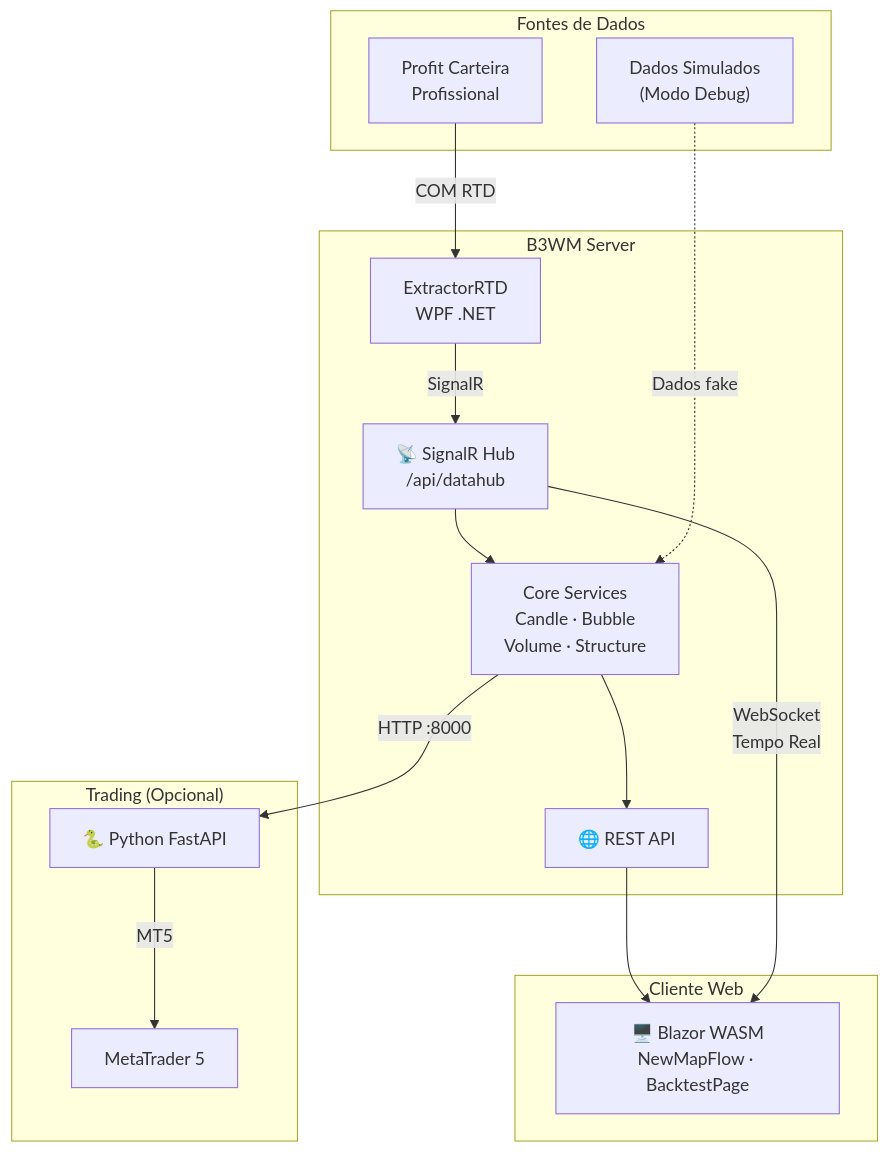
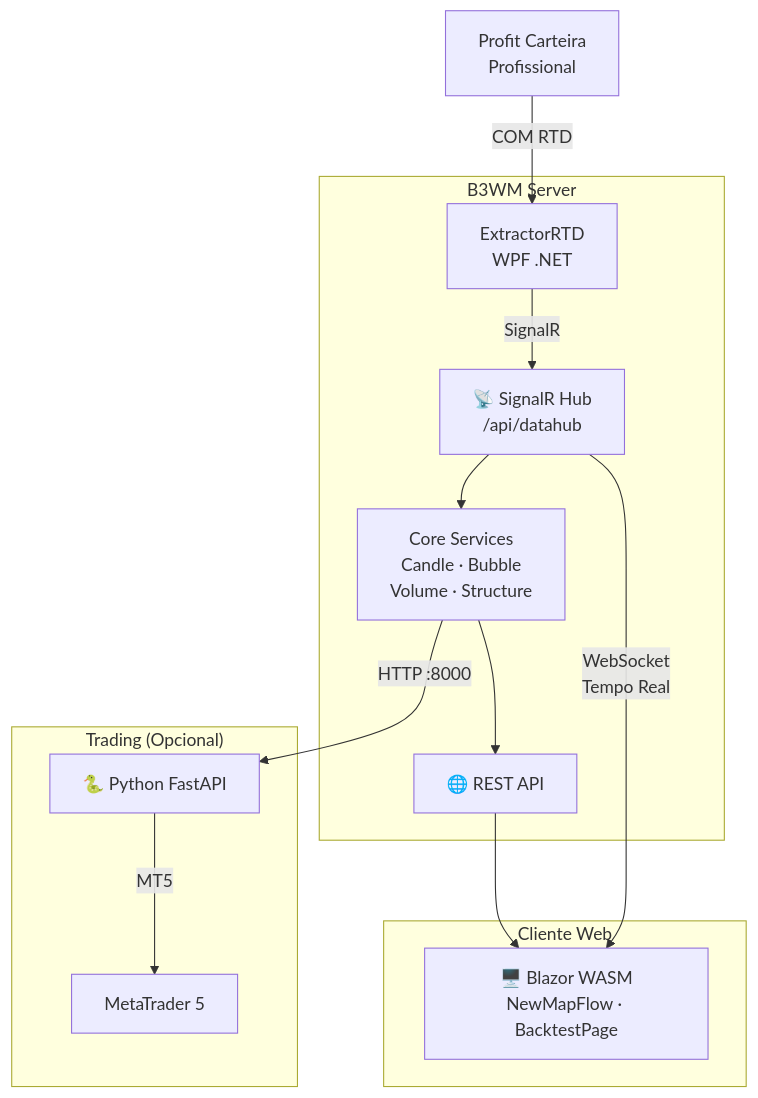
Before and after one commit to WebMat-SA/B3WM: the second of 2 diagrams in README.md, drawn with Mermaid. The commit also changed other lines of this file, not shown here.

Commit message:
docs: remove all references to simulated data in debug mode

````diff
--- a/README.md
+++ b/README.md
@@ -114,26 +114,22 @@
 ```mermaid
 graph TD
-    subgraph FONTES["Fontes de Dados"]
-        PROFIT["Profit Carteira<br/>Profissional"]
-        SIMULADO["Dados Simulados<br/>(Modo Debug)"]
-    end
+    PROFIT["Profit Carteira<br/>Profissional"]
 
     subgraph SERVER["B3WM Server"]
         EXTRACT["ExtractorRTD<br/>WPF .NET"] -->|SignalR| HUB["📡 SignalR Hub<br/>/api/datahub"]
         HUB --> CORE["Core Services<br/>Candle · Bubble<br/>Volume · Structure"]
         CORE --> REST["🌐 REST API"]
     end
 
     subgraph CLIENTE["Cliente Web"]
         REST --> WASM["🖥️ Blazor WASM<br/>NewMapFlow · BacktestPage"]
         HUB -->|WebSocket<br/>Tempo Real| WASM
     end
 
     subgraph TRADING["Trading (Opcional)"]
         PY["🐍 Python FastAPI"] -->|MT5| MT5["MetaTrader 5"]
         CORE -->|HTTP :8000| PY
     end
 
     PROFIT -->|COM RTD| EXTRACT
-    SIMULADO -.->|Dados fake| CORE
 ```
````
